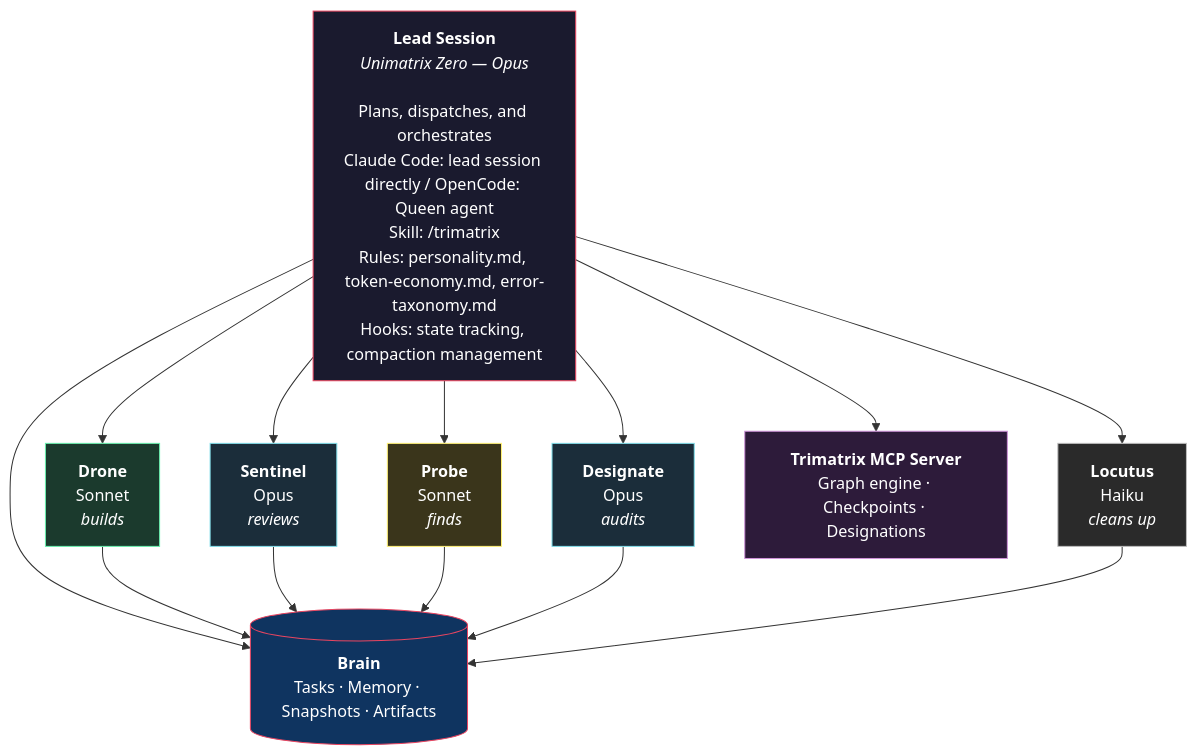
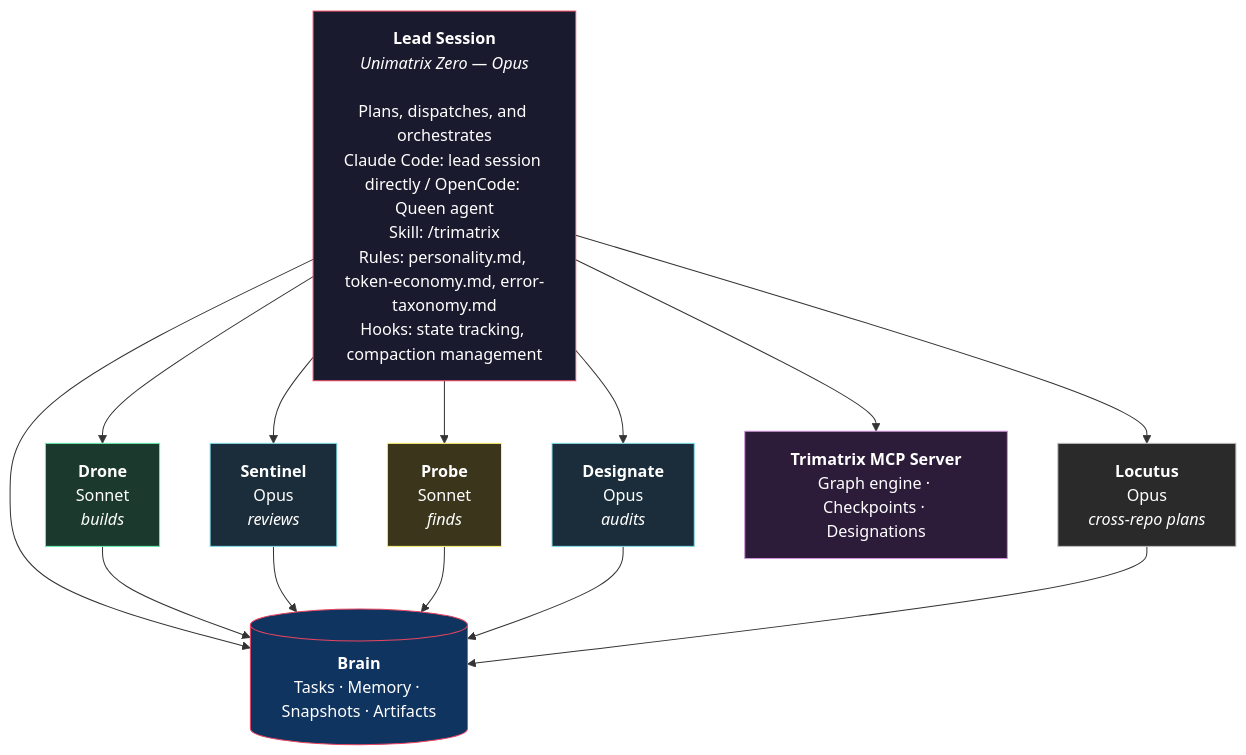
One commit to benediktms/unimatrix changed the second of 10 diagrams in README.md. Above: the diagram before and after it, drawn with Mermaid. The commit also changed other lines of this file and 2 other files, not shown here.

First line of the commit message:
docs(agents): update locutus from haiku cleanup worker to opus cross-repo planner

````diff
--- a/README.md
+++ b/README.md
@@ -27,30 +26,30 @@
 ```mermaid
 graph TB
     Lead["<b>Lead Session</b><br/><i>Unimatrix Zero — Opus</i><br/><br/>Plans, dispatches, and orchestrates<br/>Claude Code: lead session directly / OpenCode: Queen agent<br/>Skill: /trimatrix<br/>Rules: personality.md, token-economy.md, error-taxonomy.md<br/>Hooks: state tracking, compaction management"]
 
     Lead --> Drone["<b>Drone</b><br/>Sonnet<br/><i>builds</i>"]
     Lead --> Sentinel["<b>Sentinel</b><br/>Opus<br/><i>reviews</i>"]
     Lead --> Probe["<b>Probe</b><br/>Sonnet<br/><i>finds</i>"]
     Lead --> Designate["<b>Designate</b><br/>Opus<br/><i>audits</i>"]
-    Lead --> Locutus["<b>Locutus</b><br/>Haiku<br/><i>cleans up</i>"]
+    Lead --> Locutus["<b>Locutus</b><br/>Opus<br/><i>cross-repo plans</i>"]
 
     Lead --> Brain
     Drone --> Brain
     Sentinel --> Brain
     Probe --> Brain
     Designate --> Brain
     Locutus --> Brain
 
     Lead --> MCP["<b>Trimatrix MCP Server</b><br/>Graph engine · Checkpoints · Designations"]
 
     Brain[("<b>Brain</b><br/>Tasks · Memory · Snapshots · Artifacts")]
 
     style Lead fill:#1a1a2e,stroke:#e94560,color:#fff
     style Brain fill:#0f3460,stroke:#e94560,color:#fff
     style MCP fill:#2d1b3a,stroke:#ce93d8,color:#fff
     style Drone fill:#1b3a2d,stroke:#69f0ae,color:#fff
     style Sentinel fill:#1b2d3a,stroke:#80deea,color:#fff
     style Probe fill:#3a351b,stroke:#fff176,color:#fff
     style Designate fill:#1b2d3a,stroke:#80deea,color:#fff
     style Locutus fill:#2a2a2a,stroke:#bdbdbd,color:#fff
 ```
````
